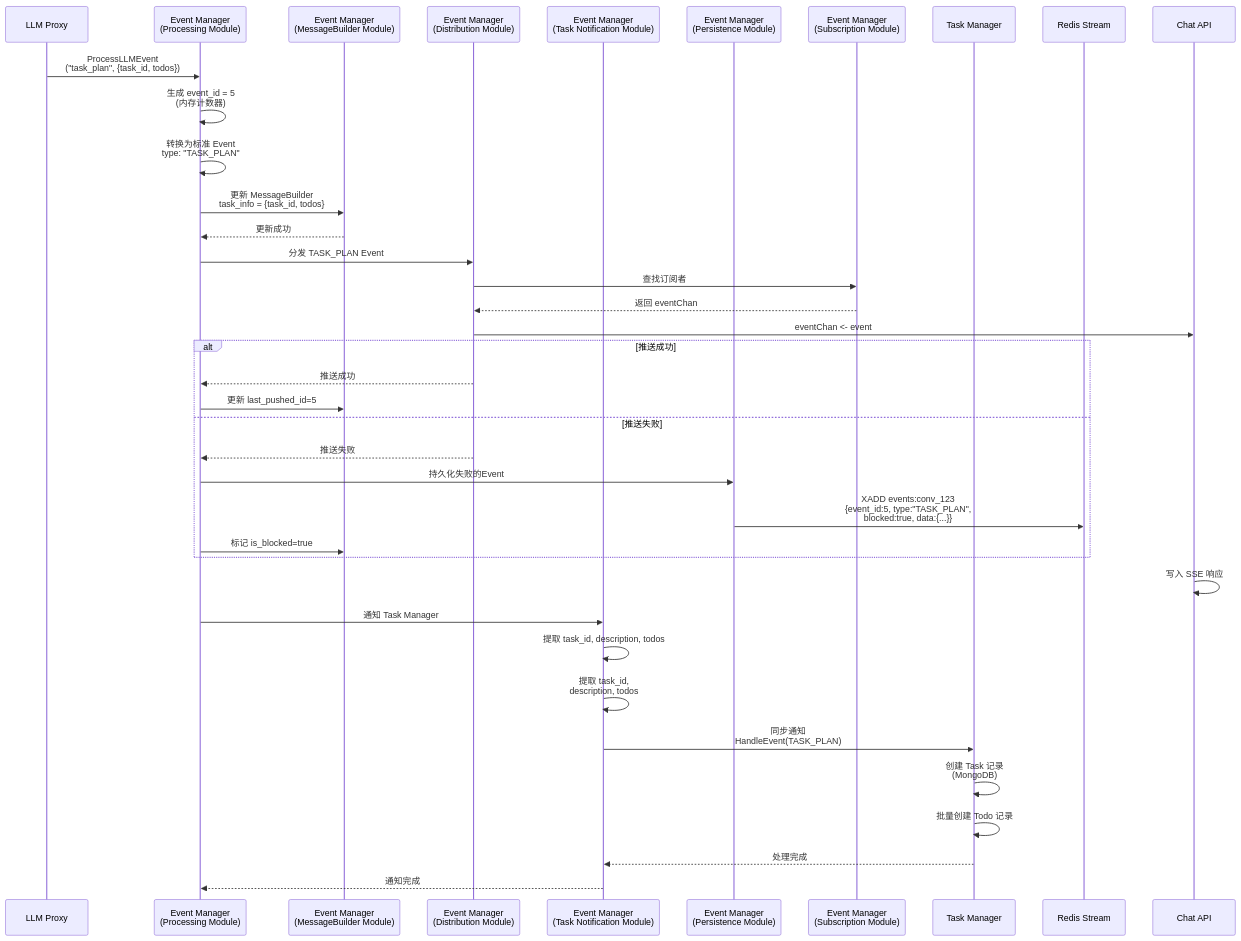
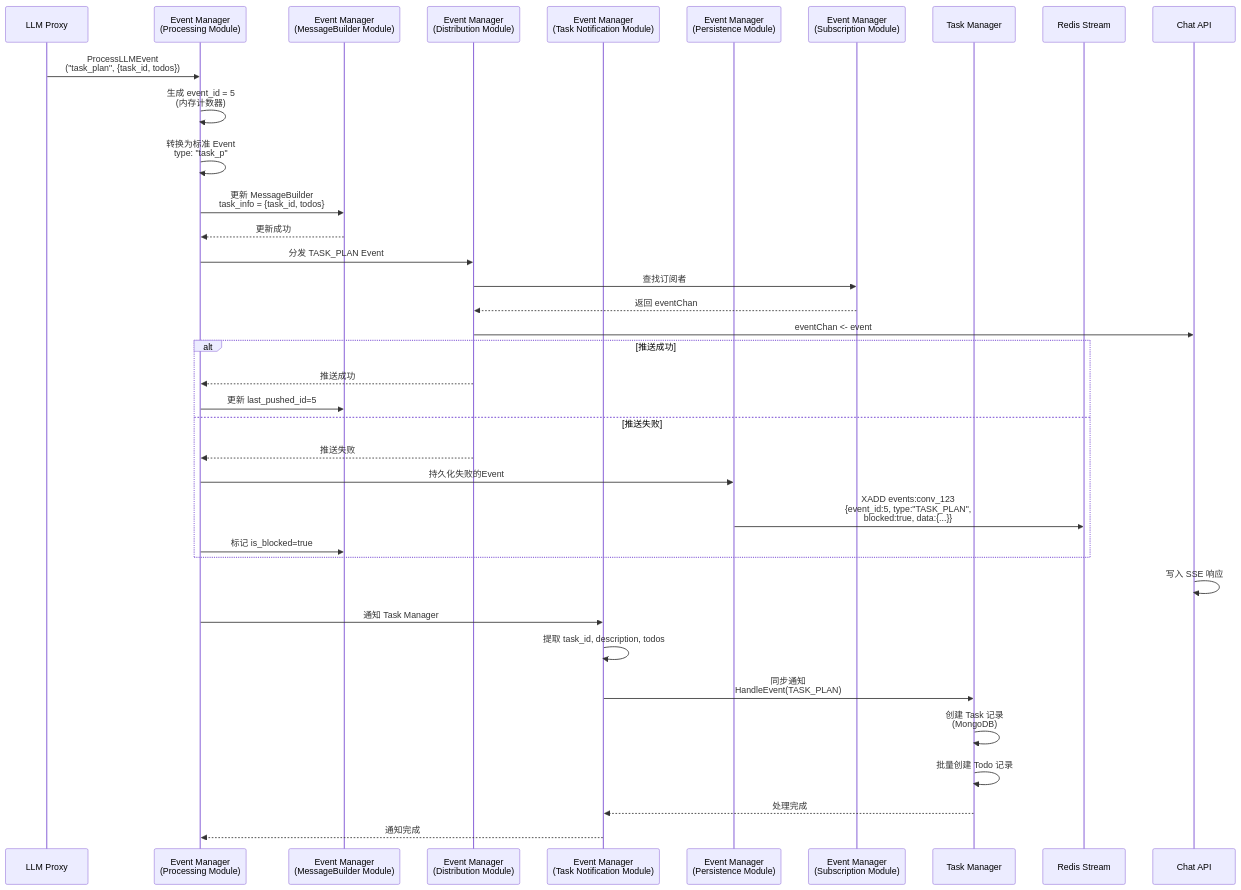
Before and after one commit to yingjianzh/iodraw-files: the diagram in all/未命名-10.md, drawn with Mermaid.

Commit message:
2025-12-24 11:16:12 update

````diff
--- a/all/未命名-10.md
+++ b/all/未命名-10.md
@@ -1,51 +1,49 @@
 ```mermaid
 sequenceDiagram
     participant LLMProxy as LLM Proxy
     participant ProcMod as Event Manager<br/>(Processing Module)
     participant BuilderMod as Event Manager<br/>(MessageBuilder Module)
     participant DistribMod as Event Manager<br/>(Distribution Module)
     participant TaskNotifMod as Event Manager<br/>(Task Notification Module)
     participant PersistMod as Event Manager<br/>(Persistence Module)
     participant SubMod as Event Manager<br/>(Subscription Module)
     participant TaskMgr as Task Manager
     participant Redis as Redis Stream
     participant ChatAPI as Chat API
 
     LLMProxy->>ProcMod: ProcessLLMEvent<br/>("task_plan", {task_id, todos})
 
     ProcMod->>ProcMod: 生成 event_id = 5<br/>(内存计数器)
     
-    ProcMod->>ProcMod: 转换为标准 Event<br/>type: "TASK_PLAN"
+    ProcMod->>ProcMod: 转换为标准 Event<br/>type: "task_p"
     
     ProcMod->>BuilderMod: 更新 MessageBuilder<br/>task_info = {task_id, todos}
     BuilderMod-->>ProcMod: 更新成功
     
     ProcMod->>DistribMod: 分发 TASK_PLAN Event
     DistribMod->>SubMod: 查找订阅者
     SubMod-->>DistribMod: 返回 eventChan
     DistribMod->>ChatAPI: eventChan <- event
     
     alt 推送成功
         DistribMod-->>ProcMod: 推送成功
         ProcMod->>BuilderMod: 更新 last_pushed_id=5
     else 推送失败
         DistribMod-->>ProcMod: 推送失败
         ProcMod->>PersistMod: 持久化失败的Event
         PersistMod->>Redis: XADD events:conv_123<br/>{event_id:5, type:"TASK_PLAN",<br/>blocked:true, data:{...}}
         ProcMod->>BuilderMod: 标记 is_blocked=true
     end
     
     ChatAPI->>ChatAPI: 写入 SSE 响应
     
     ProcMod->>TaskNotifMod:  通知 Task Manager
     TaskNotifMod->>TaskNotifMod: 提取 task_id, description, todos
-    
-    TaskNotifMod->>TaskNotifMod: 提取 task_id,<br/>description, todos
-    
+        
     TaskNotifMod->>TaskMgr: 同步通知<br/>HandleEvent(TASK_PLAN)
     TaskMgr->>TaskMgr: 创建 Task 记录<br/>(MongoDB)
     TaskMgr->>TaskMgr: 批量创建 Todo 记录
     TaskMgr-->>TaskNotifMod: 处理完成
     
     TaskNotifMod-->>ProcMod: 通知完成
 ```
````
